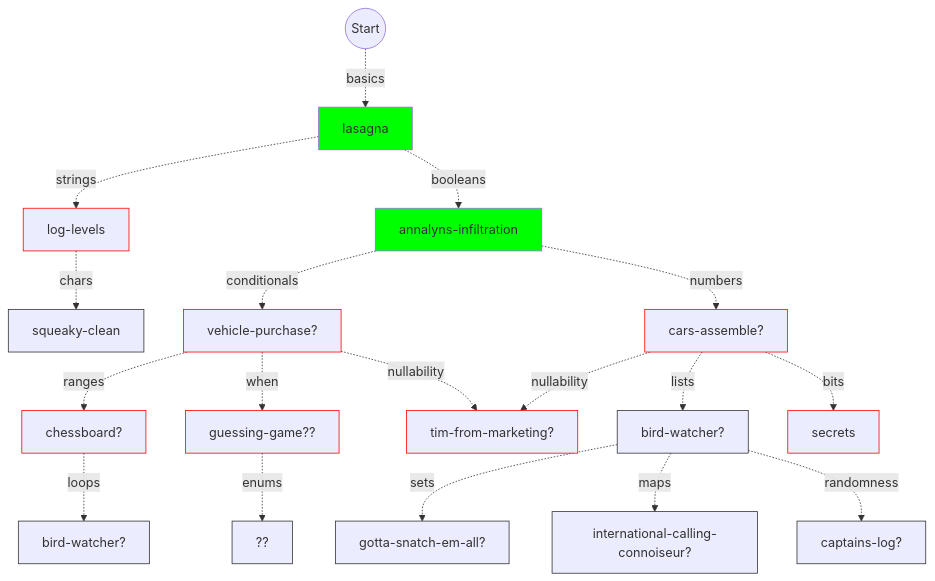
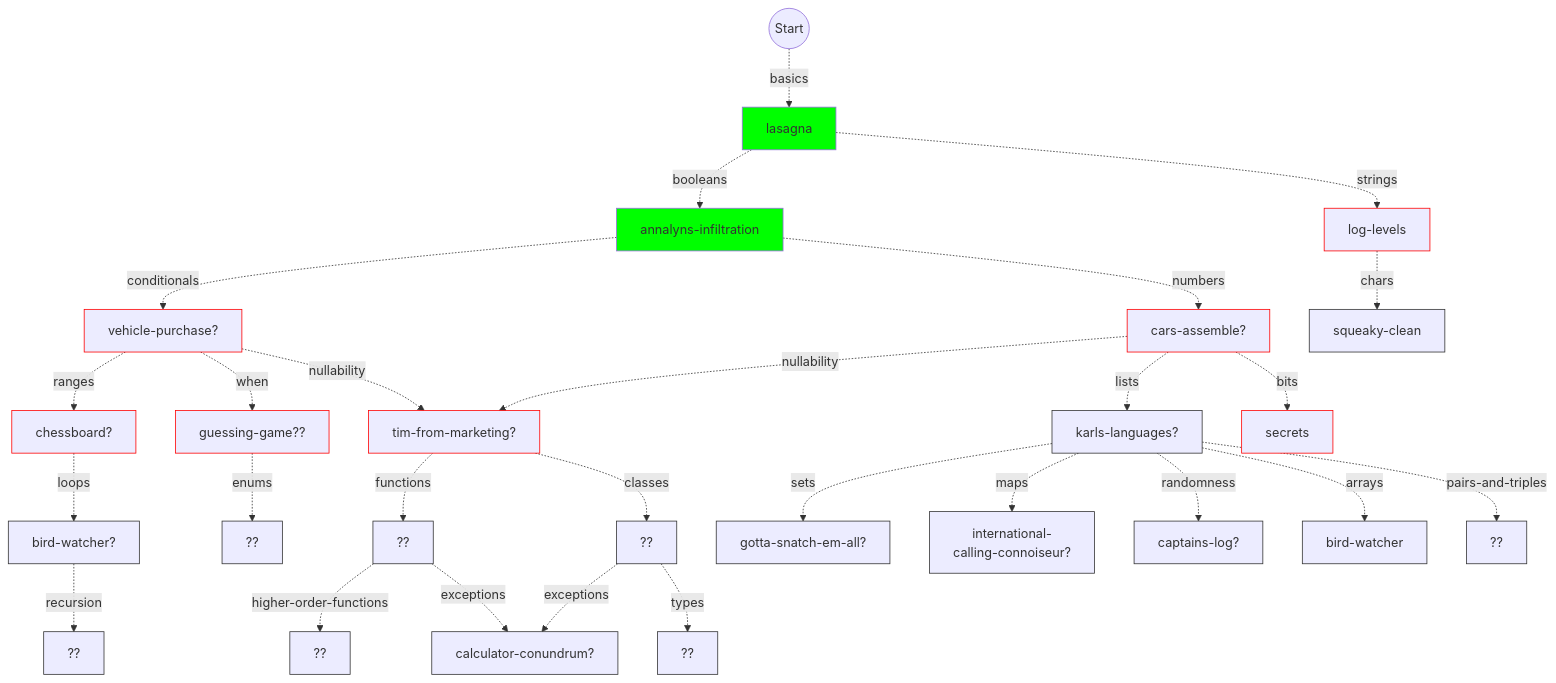
Before and after one commit to colinleach/learning-track-doodles: the diagram in kotlin/flowchart.md, drawn with Mermaid. The commit also changed 11 other files, not shown here.

Commit message:
flowchart + mostly blank docs

````diff
--- a/kotlin/flowchart.md
+++ b/kotlin/flowchart.md
@@ -13,57 +13,79 @@
 ```mermaid
 graph TD
     
 start(("Start")) -.basics.-> basics["lasagna"]
 style basics fill:#0f0
 
 basics -.booleans.-> booleans["annalyns-infiltration"]
 style booleans fill:#0f0
 
 basics -.strings.-> strings["log-levels"]
 style strings stroke:#f00
 
 strings -.chars.-> chars["squeaky-clean"]
 style chars stroke:#333
 
 booleans -.conditionals.-> conditionals["vehicle-purchase?"]
 style conditionals stroke:#f00
 
 booleans -.numbers.-> numbers["cars-assemble?"]
 style numbers stroke:#f00
 
 conditionals -.ranges.-> ranges["chessboard?"]
 style ranges stroke:#f00
 
 ranges -.loops.-> loops["bird-watcher?"]
 style loops stroke:#333
 
 conditionals -.when.-> when["guessing-game??"]
 style when stroke:#f00
 
 conditionals -.nullability.-> nullability["tim-from-marketing?"]
 numbers -.nullability.-> nullability["tim-from-marketing?"]
 style nullability stroke:#f00
 
-numbers -.lists.-> lists["bird-watcher?"]
+numbers -.lists.-> lists["karls-languages?"]
 style lists stroke:#333
 
 lists -.sets.-> sets["gotta-snatch-em-all?"]
 style sets stroke:#333
 
-lists -.maps.-> maps["international-calling-connoiseur?"]
+lists -.maps.-> maps["international-<br/>calling-connoiseur?"]
 style maps stroke:#333
 
 lists -.randomness.-> randomness["captains-log?"]
 style randomness stroke:#333
 
 numbers -.bits.-> bits["secrets"]
 style bits stroke:#f00
 
 when -.enums.-> enums["??"]
 style enums stroke:#333
 
+lists -.arrays.-> arrays["bird-watcher"]
+style arrays stroke:#333
 
+lists -.pairs-and-triples.-> pairs-and-triples["??"]
+style pairs-and-triples stroke:#333
 
+loops -.recursion.-> recursion["??"]
+style recursion stroke:#333
+
+nullability -.functions.-> functions["??"]
+style functions stroke:#333
+
+functions -.higher-order-functions.-> higher-order-functions["??"]
+style higher-order-functions stroke:#333
+
+functions -.exceptions.-> exceptions["calculator-conundrum?"]
+classes -.exceptions.-> exceptions["calculator-conundrum?"]
+style exceptions stroke:#333
+
+nullability -.classes.-> classes["??"]
+style classes stroke:#333
+
+classes -.types.-> types["??"]
+style types stroke:#333
 
 
 ```
````
